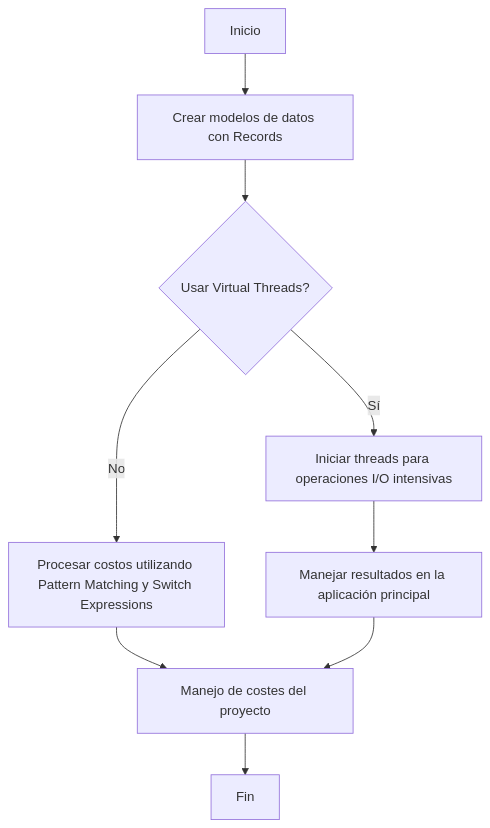
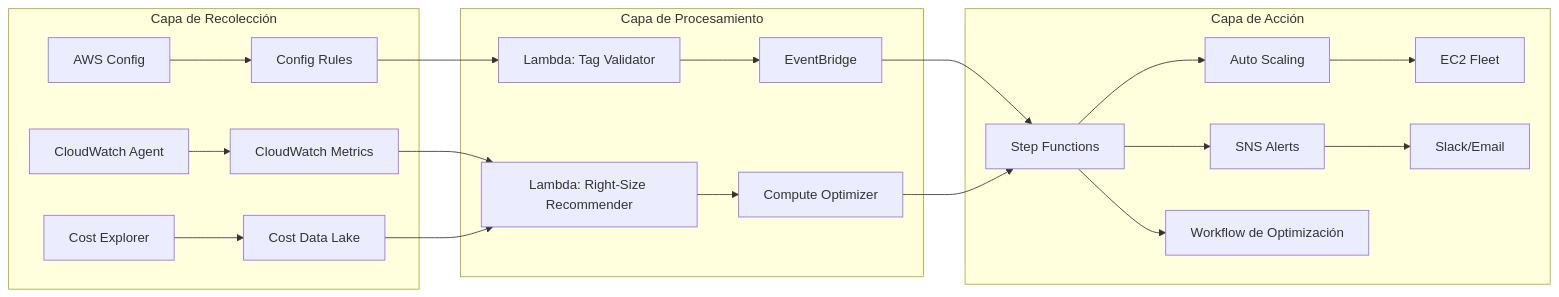
One commit to Joaquinriosheredia/DAM-Java-Mastery changed the second of 6 diagrams in _Review/optimizacion_de_costes_en_cloud_aws/optimizacion_de_costes_en_cloud_aws.md. Above: the diagram before and after it, drawn with Mermaid. The commit also changed other lines of this file, not shown here.

Commit message:
optimizacion_de_costes_en_cloud_aws.md

````diff
--- a/_Review/optimizacion_de_costes_en_cloud_aws/optimizacion_de_costes_en_cloud_aws.md
+++ b/_Review/optimizacion_de_costes_en_cloud_aws/optimizacion_de_costes_en_cloud_aws.md
@@ -265,11 +125,26 @@
 ```mermaid
-graph TD
-    A[Inicio] --> B[Crear modelos de datos con Records];
-    B --> C{Usar Virtual Threads?};
-    C -- Sí --> D[Iniciar threads para operaciones I/O intensivas];
-    C -- No --> E[Procesar costos utilizando Pattern Matching y Switch Expressions];
-    D --> F[Manejar resultados en la aplicación principal];
-    E --> G[Manejo de costes del proyecto];
-    F --> G;
-    G --> H[Fin]
+graph LR
+    subgraph "Capa de Recolección"
+        A[CloudWatch Agent] --> B[CloudWatch Metrics]
+        C[AWS Config] --> D[Config Rules]
+        E[Cost Explorer] --> F[Cost Data Lake]
+    end
+    
+    subgraph "Capa de Procesamiento"
+        G[Lambda: Tag Validator] --> H[EventBridge]
+        I[Lambda: Right-Size Recommender] --> J[Compute Optimizer]
+    end
+    
+    subgraph "Capa de Acción"
+        K[Auto Scaling] --> L[EC2 Fleet]
+        M[SNS Alerts] --> N[Slack/Email]
+        O[Step Functions] --> P[Workflow de Optimización]
+    end
+    
+    B --> I
+    D --> G
+    F --> I
+    H --> O
+    J --> O
+    O --> K & M
 ```
````
